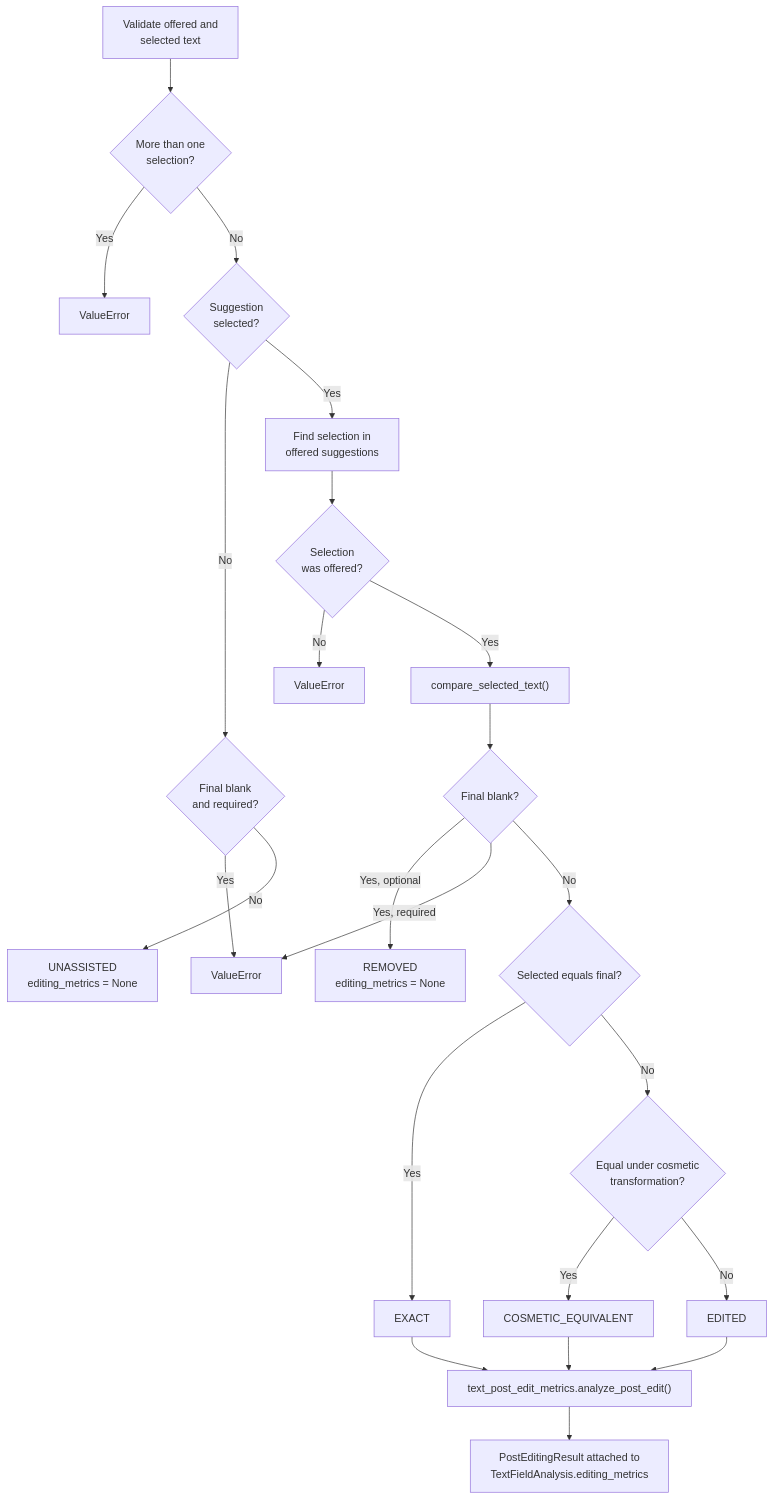
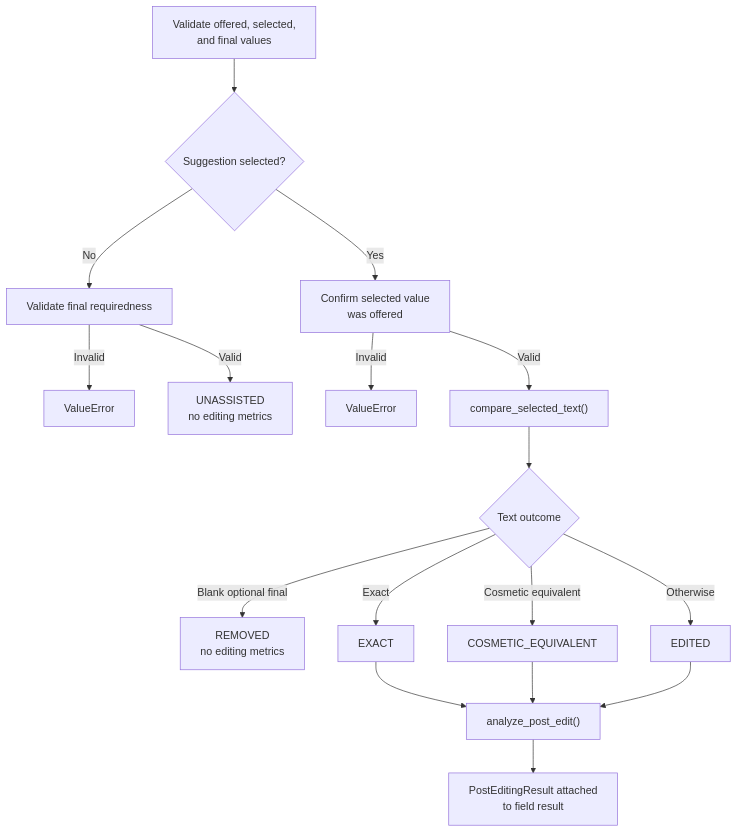
The fifth of 7 diagrams in python/packages/study-posting-ai-analysis/docs/program-flow.md (umich-michr/michr-scripts), drawn with Mermaid before and after one commit. The commit also changed other lines of this file, not shown here.

Commit message:
docs(analysis): streamline control-flow guide

````diff
--- a/python/packages/study-posting-ai-analysis/docs/program-flow.md
+++ b/python/packages/study-posting-ai-analysis/docs/program-flow.md
@@ -151,42 +209,30 @@
 ```mermaid
 flowchart TB
-    START["Validate offered and<br/>selected text"]
-    MULTIPLE{"More than one<br/>selection?"}
-    SELECTED{"Suggestion<br/>selected?"}
-    REQUIRED{"Final blank<br/>and required?"}
-    FIND["Find selection in<br/>offered suggestions"]
-    OFFERED{"Selection<br/>was offered?"}
+    START["Validate offered, selected,<br/>and final values"]
+    SELECTED{"Suggestion selected?"}
+    VALID_SELECTION["Confirm selected value<br/>was offered"]
+    FINAL["Validate final requiredness"]
     COMPARE["compare_selected_text()"]
-    BLANK{"Final blank?"}
-    EXACT{"Selected equals final?"}
-    COSMETIC{"Equal under cosmetic<br/>transformation?"}
+    OUTCOME{"Text outcome"}
 
-    START --> MULTIPLE
-    MULTIPLE -->|Yes| E_MULTIPLE["ValueError"]
-    MULTIPLE -->|No| SELECTED
+    START --> SELECTED
 
-    SELECTED -->|No| REQUIRED
-    REQUIRED -->|Yes| E_REQUIRED["ValueError"]
-    REQUIRED -->|No| UNASSISTED["UNASSISTED<br/>editing_metrics = None"]
+    SELECTED -->|No| FINAL
+    FINAL -->|Invalid| E_REQUIRED["ValueError"]
+    FINAL -->|Valid| UNASSISTED["UNASSISTED<br/>no editing metrics"]
 
-    SELECTED -->|Yes| FIND --> OFFERED
-    OFFERED -->|No| E_OFFER["ValueError"]
-    OFFERED -->|Yes| COMPARE
+    SELECTED -->|Yes| VALID_SELECTION
+    VALID_SELECTION -->|Invalid| E_SELECTION["ValueError"]
+    VALID_SELECTION -->|Valid| COMPARE
 
-    COMPARE --> BLANK
-    BLANK -->|"Yes, optional"| REMOVED["REMOVED<br/>editing_metrics = None"]
-    BLANK -->|"Yes, required"| E_REQUIRED
-    BLANK -->|No| EXACT
+    COMPARE --> OUTCOME
+    OUTCOME -->|Blank optional final| REMOVED["REMOVED<br/>no editing metrics"]
+    OUTCOME -->|Exact| EXACT["EXACT"]
+    OUTCOME -->|Cosmetic equivalent| COSMETIC["COSMETIC_EQUIVALENT"]
+    OUTCOME -->|Otherwise| EDITED["EDITED"]
 
-    EXACT -->|Yes| M_EXACT["EXACT"]
-    EXACT -->|No| COSMETIC
-    COSMETIC -->|Yes| M_COSMETIC["COSMETIC_EQUIVALENT"]
-    COSMETIC -->|No| M_EDITED["EDITED"]
-
-    M_EXACT --> METRICS
-    M_COSMETIC --> METRICS
-    M_EDITED --> METRICS
-
-    METRICS["text_post_edit_metrics.analyze_post_edit()"]
-    METRICS --> RESULT["PostEditingResult attached to<br/>TextFieldAnalysis.editing_metrics"]
+    EXACT --> METRICS["analyze_post_edit()"]
+    COSMETIC --> METRICS
+    EDITED --> METRICS
+    METRICS --> RESULT["PostEditingResult attached<br/>to field result"]
 ```
````
